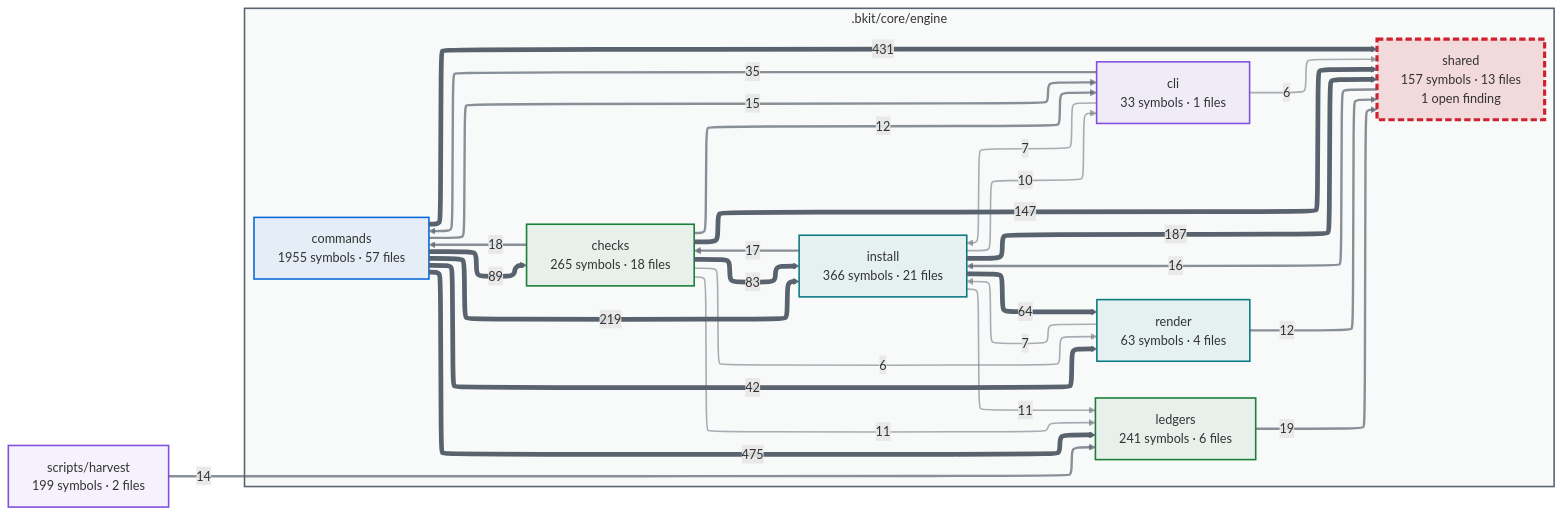
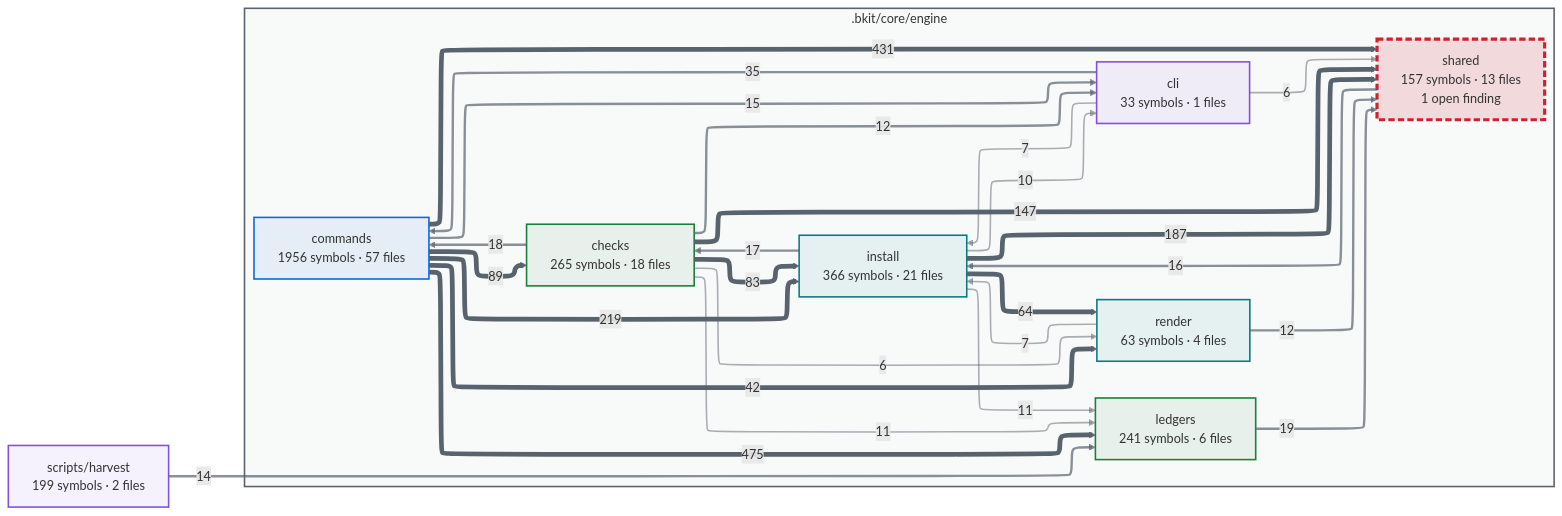
Before and after one commit to cbartens/bkit: the first of 2 diagrams in docs/capabilities.md, drawn with Mermaid. The commit also changed other lines of this file and 61 other files, not shown here.

````diff
--- a/docs/capabilities.md
+++ b/docs/capabilities.md
@@ -116,80 +116,80 @@
 ```mermaid
 ---
 config:
   layout: elk
   themeCSS: "marker { overflow: visible; } marker path { transform: scale(1.8); transform-origin: 5px 5px; }"
   flowchart:
     useMaxWidth: false
 ---
 flowchart LR
   %% Generated by bkit-graphify-rollup.py — do not edit
   subgraph gn_bkit_core_engine[".bkit/core/engine"]
     n_bkit_core_engine_checks["checks<br/>265 symbols · 18 files"]
     n_bkit_core_engine_cli["cli<br/>33 symbols · 1 files"]
-    n_bkit_core_engine_commands["commands<br/>1955 symbols · 57 files"]
+    n_bkit_core_engine_commands["commands<br/>1956 symbols · 57 files"]
     n_bkit_core_engine_install["install<br/>366 symbols · 21 files"]
     n_bkit_core_engine_ledgers["ledgers<br/>241 symbols · 6 files"]
     n_bkit_core_engine_render["render<br/>63 symbols · 4 files"]
     n_bkit_core_engine_shared["shared<br/>157 symbols · 13 files<br/>1 open finding"]
   end
   nscripts_harvest["scripts/harvest<br/>199 symbols · 2 files"]
   n_bkit_core_engine_commands -->|475| n_bkit_core_engine_ledgers
   n_bkit_core_engine_commands -->|431| n_bkit_core_engine_shared
   n_bkit_core_engine_commands -->|219| n_bkit_core_engine_install
   n_bkit_core_engine_install -->|187| n_bkit_core_engine_shared
   n_bkit_core_engine_checks -->|147| n_bkit_core_engine_shared
   n_bkit_core_engine_commands -->|89| n_bkit_core_engine_checks
   n_bkit_core_engine_checks -->|83| n_bkit_core_engine_install
   n_bkit_core_engine_install -->|64| n_bkit_core_engine_render
   n_bkit_core_engine_commands -->|42| n_bkit_core_engine_render
   n_bkit_core_engine_cli -->|35| n_bkit_core_engine_commands
   n_bkit_core_engine_ledgers -->|19| n_bkit_core_engine_shared
   n_bkit_core_engine_checks -->|18| n_bkit_core_engine_commands
   n_bkit_core_engine_install -->|17| n_bkit_core_engine_checks
   n_bkit_core_engine_shared -->|16| n_bkit_core_engine_install
   n_bkit_core_engine_commands -->|15| n_bkit_core_engine_cli
   nscripts_harvest -->|14| n_bkit_core_engine_ledgers
   n_bkit_core_engine_checks -->|12| n_bkit_core_engine_cli
   n_bkit_core_engine_render -->|12| n_bkit_core_engine_shared
   n_bkit_core_engine_checks -->|11| n_bkit_core_engine_ledgers
   n_bkit_core_engine_install -->|11| n_bkit_core_engine_ledgers
   n_bkit_core_engine_install -->|10| n_bkit_core_engine_cli
   n_bkit_core_engine_cli -->|7| n_bkit_core_engine_install
   n_bkit_core_engine_render -->|7| n_bkit_core_engine_install
   n_bkit_core_engine_checks -->|6| n_bkit_core_engine_render
   n_bkit_core_engine_cli -->|6| n_bkit_core_engine_shared
   style gn_bkit_core_engine fill:#59636e0a,stroke:#59636e,stroke-width:2px
   style n_bkit_core_engine_checks stroke:#1a7f37,stroke-width:2px,fill:#1a7f3714
   style n_bkit_core_engine_cli stroke:#8250df,stroke-width:2px,fill:#8250df14
   style n_bkit_core_engine_commands stroke:#0969da,stroke-width:2px,fill:#0969da14
   style n_bkit_core_engine_install stroke:#0a7b83,stroke-width:2px,fill:#0a7b8314
   style n_bkit_core_engine_ledgers stroke:#1a7f37,stroke-width:2px,fill:#1a7f3714
   style n_bkit_core_engine_render stroke:#0a7b83,stroke-width:2px,fill:#0a7b8314
   style n_bkit_core_engine_shared stroke:#cf222e,stroke-width:4px,stroke-dasharray:8 4,fill:#cf222e26
   style nscripts_harvest stroke:#8250df,stroke-width:2px,fill:#8250df14
   linkStyle 0 stroke:#59636e,stroke-width:6px
   linkStyle 1 stroke:#59636e,stroke-width:6px
   linkStyle 2 stroke:#59636e,stroke-width:6px
   linkStyle 3 stroke:#59636e,stroke-width:6px
   linkStyle 4 stroke:#59636e,stroke-width:6px
   linkStyle 5 stroke:#59636e,stroke-width:6px
   linkStyle 6 stroke:#59636e,stroke-width:6px
   linkStyle 7 stroke:#59636e,stroke-width:6px
   linkStyle 8 stroke:#59636e,stroke-width:6px
   linkStyle 9 stroke:#59636eb3,stroke-width:3px
   linkStyle 10 stroke:#59636eb3,stroke-width:3px
   linkStyle 11 stroke:#59636eb3,stroke-width:3px
   linkStyle 12 stroke:#59636eb3,stroke-width:3px
   linkStyle 13 stroke:#59636eb3,stroke-width:3px
   linkStyle 14 stroke:#59636eb3,stroke-width:3px
   linkStyle 15 stroke:#59636eb3,stroke-width:3px
   linkStyle 16 stroke:#59636eb3,stroke-width:3px
   linkStyle 17 stroke:#59636eb3,stroke-width:3px
   linkStyle 18 stroke:#59636e80,stroke-width:2px
   linkStyle 19 stroke:#59636e80,stroke-width:2px
   linkStyle 20 stroke:#59636e80,stroke-width:2px
   linkStyle 21 stroke:#59636e80,stroke-width:2px
   linkStyle 22 stroke:#59636e80,stroke-width:2px
   linkStyle 23 stroke:#59636e80,stroke-width:2px
   linkStyle 24 stroke:#59636e80,stroke-width:2px
 ```
````
